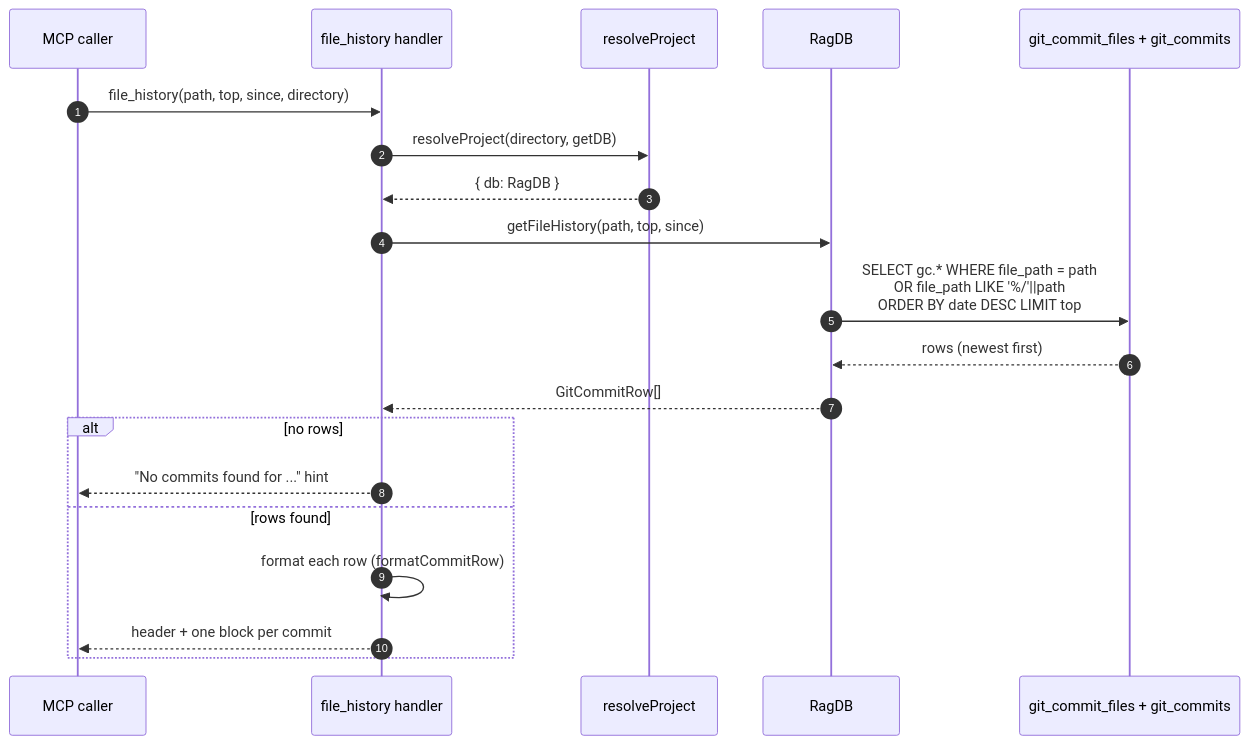
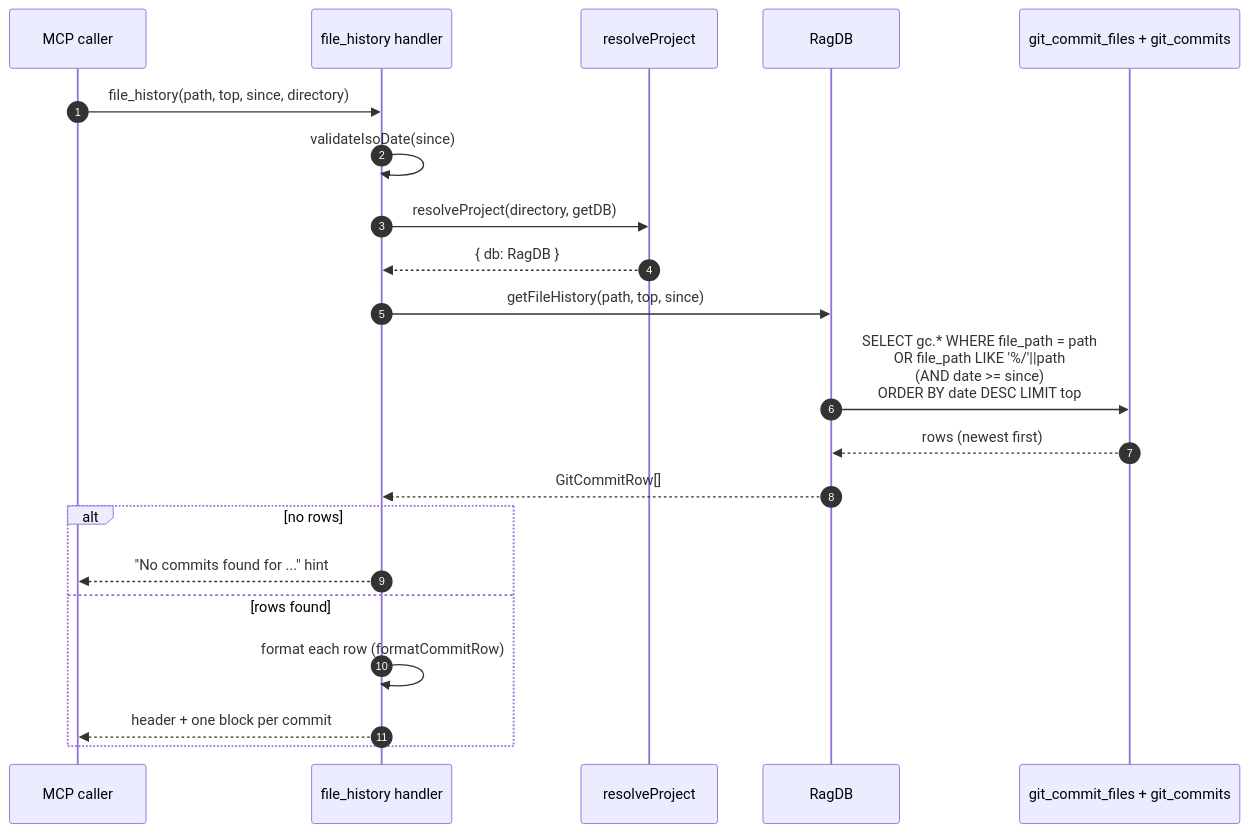
One commit to TheWinci/mimirs changed the diagram in wiki/tools/file-history.md. Above: the diagram before and after it, drawn with Mermaid. The commit also changed other lines of this file and 58 other files, not shown here.

````diff
--- a/wiki/tools/file-history.md
+++ b/wiki/tools/file-history.md
@@ -15,22 +15,23 @@
 ```mermaid
 sequenceDiagram
     autonumber
     participant Caller as MCP caller
     participant Tool as file_history handler
     participant Resolve as resolveProject
     participant RagDB
     participant SQLite as git_commit_files + git_commits
     Caller->>Tool: file_history(path, top, since, directory)
+    Tool->>Tool: validateIsoDate(since)
     Tool->>Resolve: resolveProject(directory, getDB)
     Resolve-->>Tool: { db: RagDB }
     Tool->>RagDB: getFileHistory(path, top, since)
-    RagDB->>SQLite: SELECT gc.* WHERE file_path = path<br>OR file_path LIKE '%/'||path<br>ORDER BY date DESC LIMIT top
+    RagDB->>SQLite: SELECT gc.* WHERE file_path = path<br>OR file_path LIKE '%/'||path<br>(AND date >= since)<br>ORDER BY date DESC LIMIT top
     SQLite-->>RagDB: rows (newest first)
     RagDB-->>Tool: GitCommitRow[]
     alt no rows
         Tool-->>Caller: "No commits found for ..." hint
     else rows found
         Tool->>Tool: format each row (formatCommitRow)
         Tool-->>Caller: header + one block per commit
     end
 ```
````
